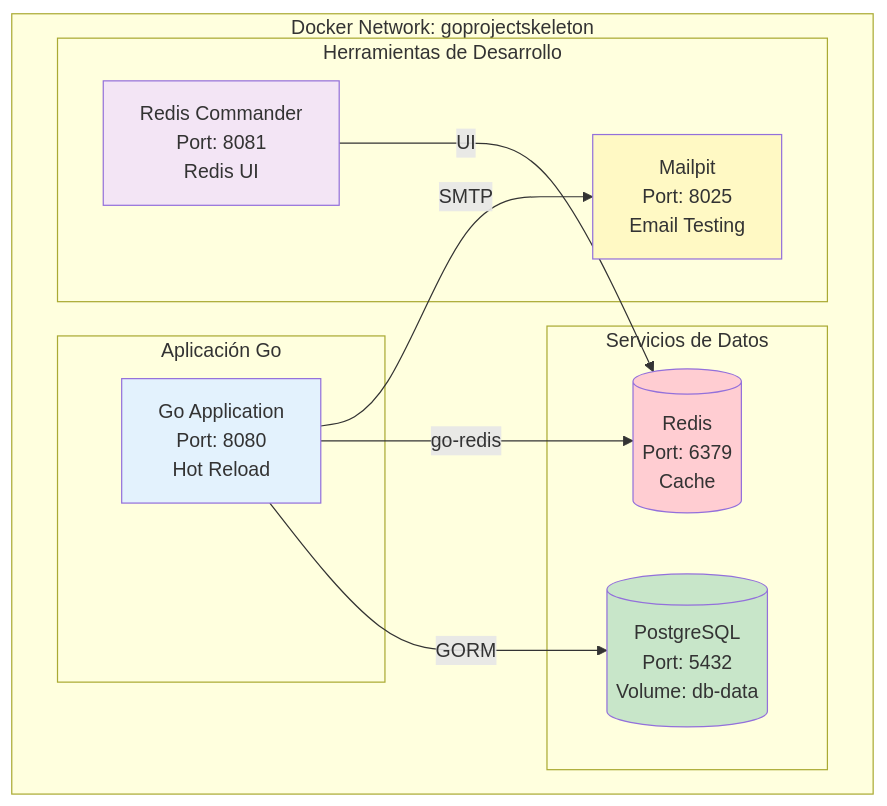
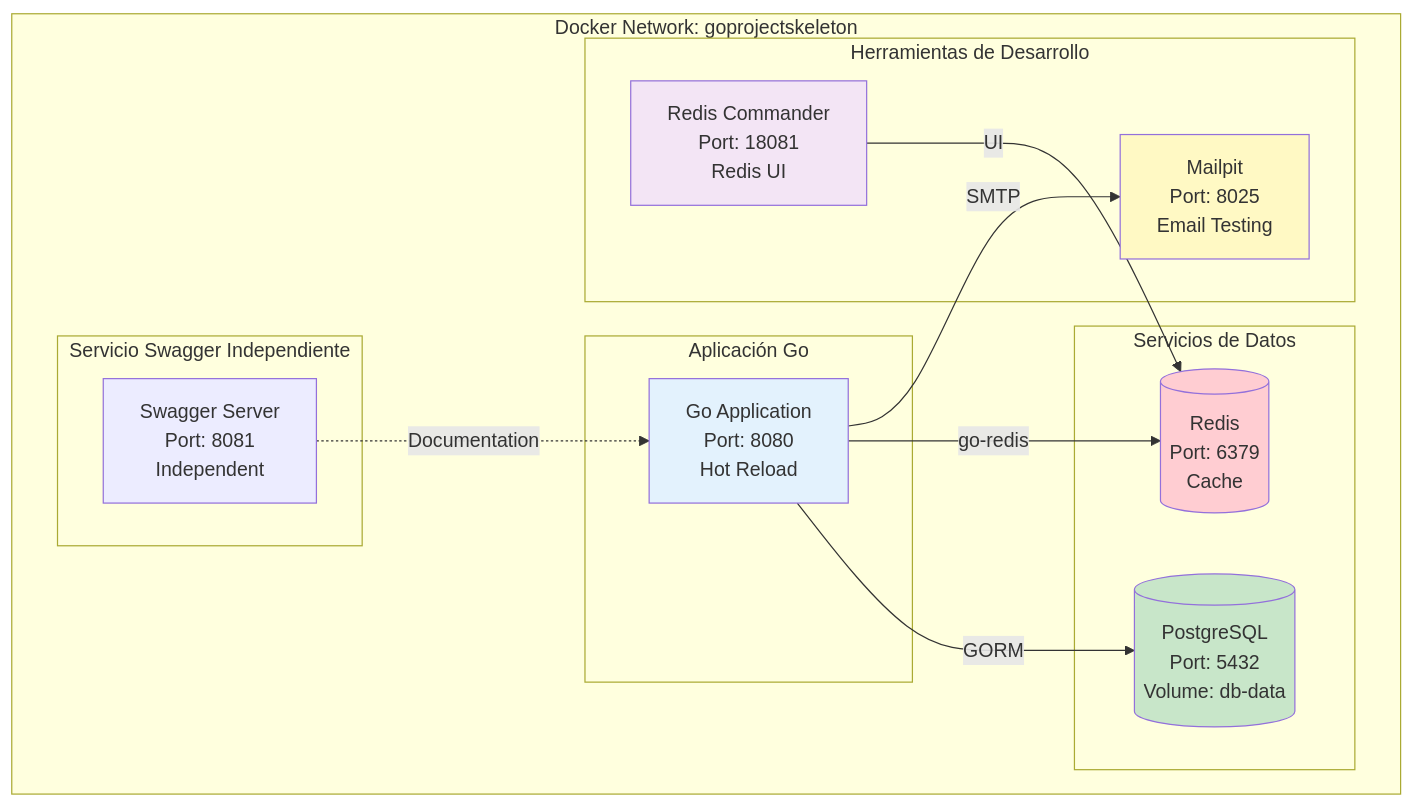
Before and after one commit to Simon3640/GoProjectSkeleton: diagram 25 of 27 in README_ES.md, drawn with Mermaid. The commit also changed other lines of this file and 2 other files, not shown here.

Commit message:
:books: updating docs about swagger

````diff
--- a/README_ES.md
+++ b/README_ES.md
@@ -3616,30 +3652,35 @@
 ```mermaid
 graph TB
     subgraph DockerNetwork["Docker Network: goprojectskeleton"]
         subgraph AppContainer["Aplicación Go"]
             App[Go Application<br/>Port: 8080<br/>Hot Reload]
         end
 
         subgraph DBServices["Servicios de Datos"]
             PostgreSQL[(PostgreSQL<br/>Port: 5432<br/>Volume: db-data)]
             Redis[(Redis<br/>Port: 6379<br/>Cache)]
         end
 
+        subgraph SwaggerService["Servicio Swagger Independiente"]
+            Swagger[Swagger Server<br/>Port: 8081<br/>Independent]
+        end
+
         subgraph DevTools["Herramientas de Desarrollo"]
             Mailpit[Mailpit<br/>Port: 8025<br/>Email Testing]
-            RedisCommander[Redis Commander<br/>Port: 8081<br/>Redis UI]
+            RedisCommander[Redis Commander<br/>Port: 18081<br/>Redis UI]
         end
     end
 
     App -->|GORM| PostgreSQL
     App -->|go-redis| Redis
     App -->|SMTP| Mailpit
 
+    Swagger -.->|Documentation| App
     RedisCommander -->|UI| Redis
 
     style App fill:#e3f2fd
     style PostgreSQL fill:#c8e6c9
     style Redis fill:#ffcdd2
     style Mailpit fill:#fff9c4
     style RedisCommander fill:#f3e5f5
 ```
````
